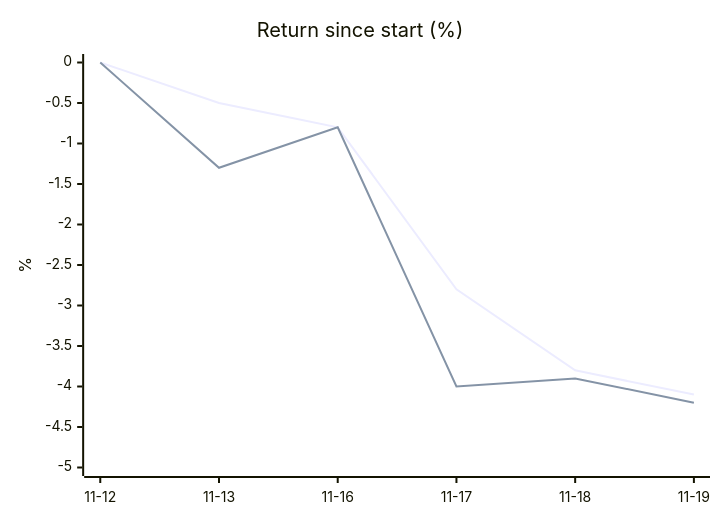
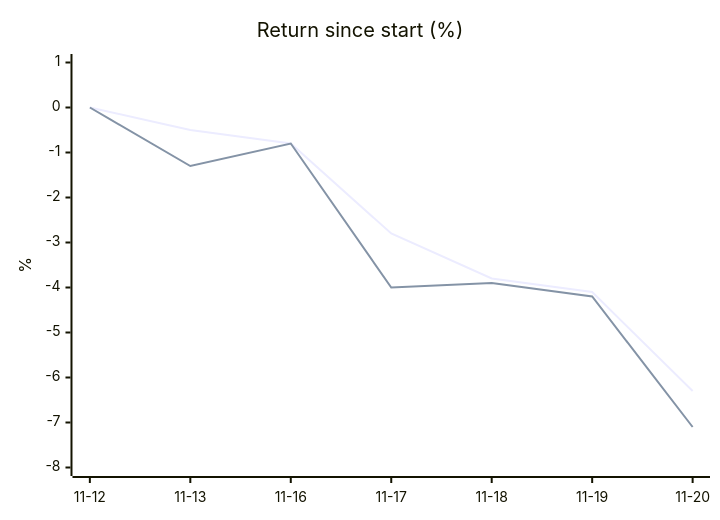
The diagram in 06 - One-Month Trial.md (owlpowell50-creator/trading-bot), drawn with Mermaid before and after one commit. The commit also changed other lines of this file and 13 other files, not shown here.

````diff
--- a/06 - One-Month Trial.md
+++ b/06 - One-Month Trial.md
@@ -34,8 +35,8 @@
 ```mermaid
 xychart-beta
     title "Return since start (%)"
-    x-axis ["11-12", "11-13", "11-16", "11-17", "11-18", "11-19"]
-    y-axis "%" -5 --> 0
-    line [-0.0, -0.5, -0.8, -2.8, -3.8, -4.1]
-    line [0.0, -1.3, -0.8, -4.0, -3.9, -4.2]
+    x-axis ["11-12", "11-13", "11-16", "11-17", "11-18", "11-19", "11-20"]
+    y-axis "%" -8 --> 1
+    line [-0.0, -0.5, -0.8, -2.8, -3.8, -4.1, -6.3]
+    line [0.0, -1.3, -0.8, -4.0, -3.9, -4.2, -7.1]
 ```
````
